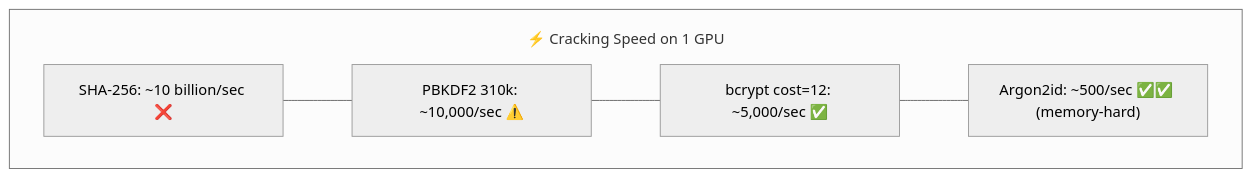
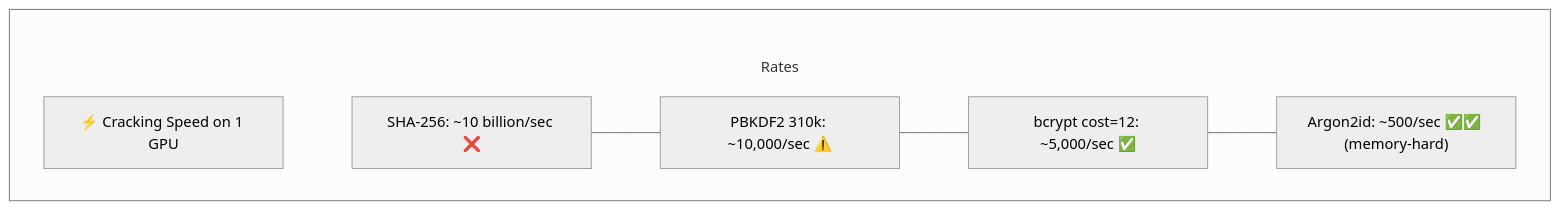
One commit to csoares/SecurityJava changed the second of 4 diagrams in src/main/java/security/passwords/README.md. Above: the diagram before and after it, drawn with Mermaid (neutral theme). The commit also changed other lines of this file and 11 other files, not shown here.

Commit message:
Fix Mermaid subgraph title overlap by moving labels into title nodes Replace subgraph label syntax (which overlaps first node) with explicit title nodes inside each subgraph, connected via invisible edges (~~~). Also increase subGraphTitleMargin top padding from 20 to 50 for extra space.

````diff
--- a/src/main/java/security/passwords/README.md
+++ b/src/main/java/security/passwords/README.md
@@ -43,11 +49,13 @@
 ```mermaid
-%%{init: {'flowchart': {'subGraphTitleMargin': {'top': 20, 'bottom': 5}}}}%%
+%%{init: {'flowchart': {'subGraphTitleMargin': {'top': 50, 'bottom': 10}}}}%%
 flowchart TD
-    subgraph Rates ["⚡ Cracking Speed on 1 GPU"]
+    subgraph Rates
+        T_Rates["⚡ Cracking Speed on 1 GPU"]
+        T_Rates ~~~ R1
         R1["SHA-256: ~10 billion/sec ❌"]
         R2["PBKDF2 310k: ~10,000/sec ⚠️"]
         R3["bcrypt cost=12: ~5,000/sec ✅"]
         R4["Argon2id: ~500/sec ✅✅ (memory-hard)"]
         R1 --- R2 --- R3 --- R4
     end
 ```
````
